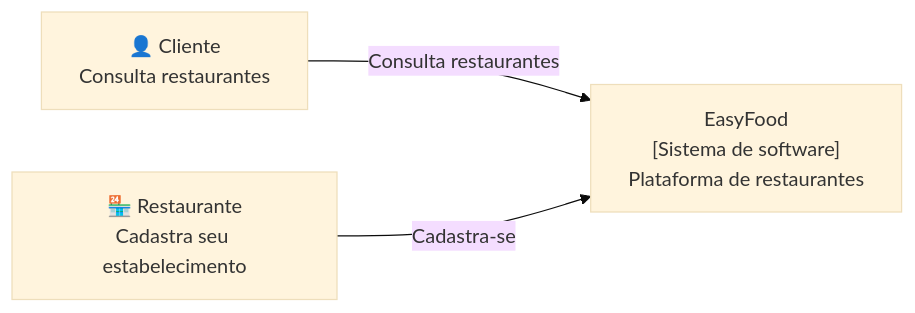
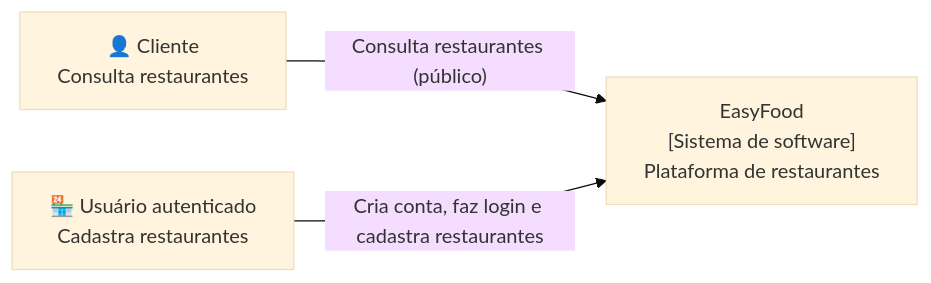
Before and after one commit to RafaellosAO10/projeto_easyfood_arquitetura_de_software: the first of 3 diagrams in docs/arquitetura/c4-model.md, drawn with Mermaid (base theme). The commit also changed other lines of this file and 2 other files, not shown here.

````diff
--- a/docs/arquitetura/c4-model.md
+++ b/docs/arquitetura/c4-model.md
@@ -9,9 +9,9 @@
 ```mermaid
 flowchart LR
     cliente["👤 Cliente<br/>Consulta restaurantes"]
-    restaurante["🏪 Restaurante<br/>Cadastra seu estabelecimento"]
+    restaurante["🏪 Usuário autenticado<br/>Cadastra restaurantes"]
     easyfood["EasyFood<br/>[Sistema de software]<br/>Plataforma de restaurantes"]
 
-    cliente -- "Consulta restaurantes" --> easyfood
-    restaurante -- "Cadastra-se" --> easyfood
+    cliente -- "Consulta restaurantes (público)" --> easyfood
+    restaurante -- "Cria conta, faz login e cadastra restaurantes" --> easyfood
 ```
````
